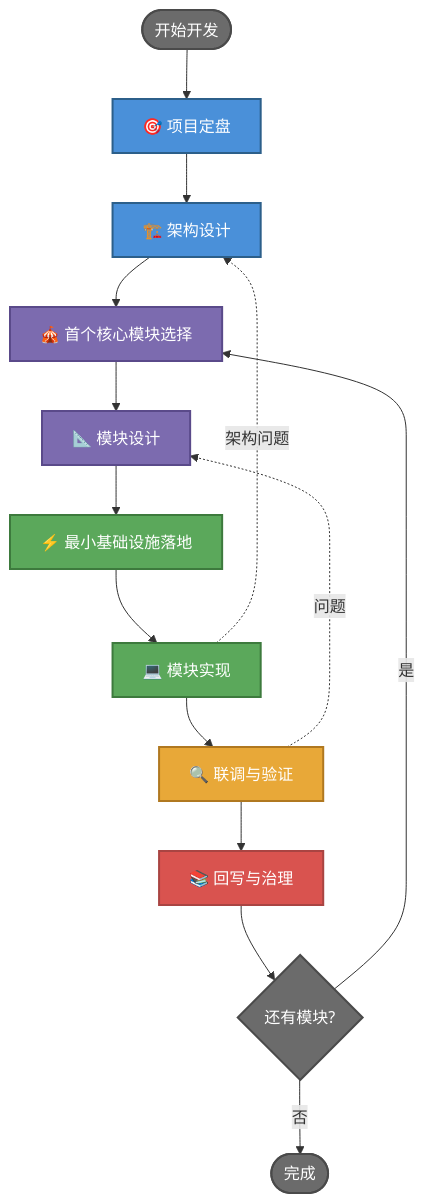
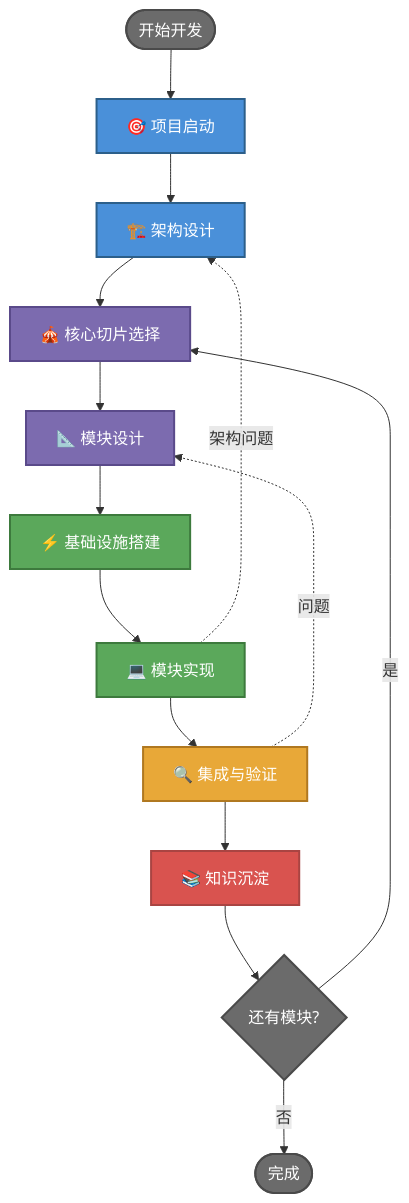
Before and after one commit to amuqiao/claude_blueprint: the first of 2 diagrams in docs/项目开发主干流程.md, drawn with Mermaid. The commit also changed other lines of this file, not shown here.

````diff
--- a/docs/项目开发主干流程.md
+++ b/docs/项目开发主干流程.md
@@ -22,25 +22,25 @@
 ```mermaid
 graph TB
     classDef planning fill:#4A90D9,stroke:#2C5F8A,stroke-width:2px,color:#fff
     classDef design fill:#7C6BAF,stroke:#5A4A8A,stroke-width:2px,color:#fff
     classDef implementation fill:#5BA85B,stroke:#3D7A3D,stroke-width:2px,color:#fff
     classDef verification fill:#E8A838,stroke:#B07820,stroke-width:2px,color:#fff
     classDef governance fill:#D9534F,stroke:#A94442,stroke-width:2px,color:#fff
     classDef control fill:#6B6B6B,stroke:#4A4A4A,stroke-width:2px,color:#fff
     
     Start([开始开发]):::control
-    Start --> N1[🎯 项目定盘]:::planning
+    Start --> N1[🎯 项目启动]:::planning
     N1 --> N2[🏗️ 架构设计]:::planning
-    N2 --> N3[🎪 首个核心模块选择]:::design
+    N2 --> N3[🎪 核心切片选择]:::design
     N3 --> N4[📐 模块设计]:::design
-    N4 --> N5[⚡ 最小基础设施落地]:::implementation
+    N4 --> N5[⚡ 基础设施搭建]:::implementation
     N5 --> N6[💻 模块实现]:::implementation
-    N6 --> N7[🔍 联调与验证]:::verification
-    N7 --> N8[📚 回写与治理]:::governance
+    N6 --> N7[🔍 集成与验证]:::verification
+    N7 --> N8[📚 知识沉淀]:::governance
     N8 --> Decision{还有模块?}:::control
     Decision -->|是| N3
     Decision -->|否| End([完成]):::control
     
     N7 -.问题.-> N4
     N6 -.架构问题.-> N2
 ```
````
